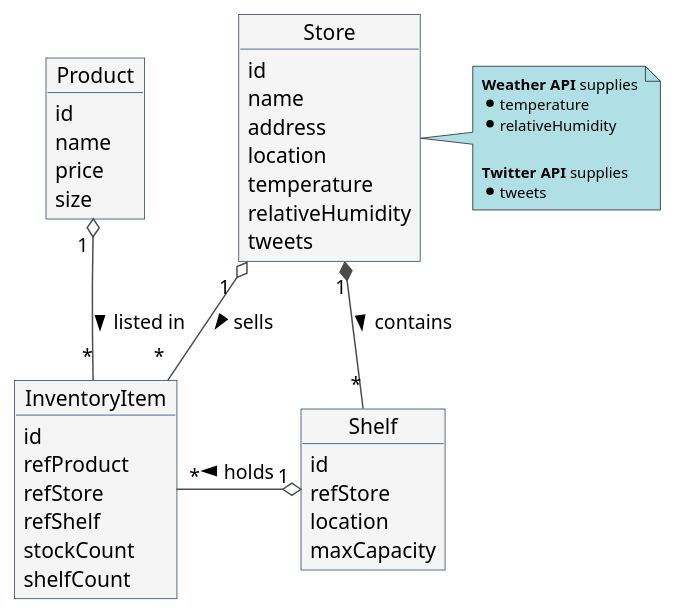
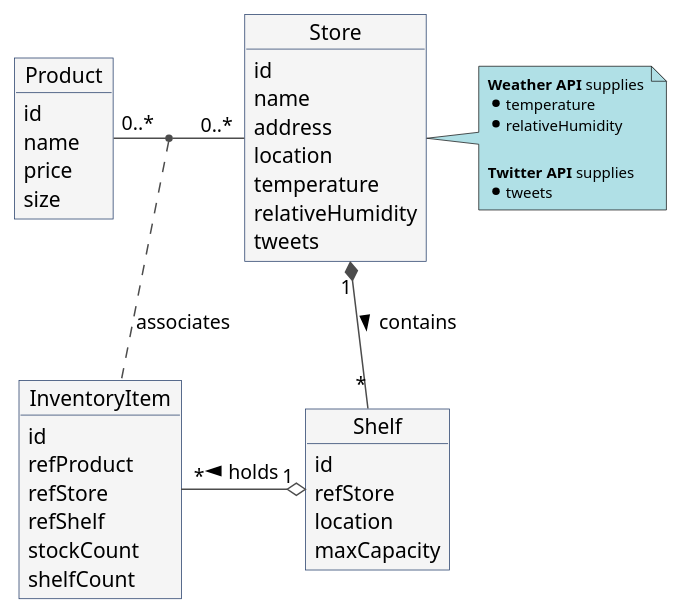
The diagram in diagrams/entities.puml (FIWARE/tutorials.Accessing-Context), drawn with PlantUML before and after one commit. The commit also changed 1 other file, not shown here.

```diff
--- a/diagrams/entities.puml
+++ b/diagrams/entities.puml
@@ -1,56 +1,57 @@
 @startuml
 object Product
 
 skinparam object {
   BackgroundColor #f5f5f5
   ArrowColor #4c4c4c
   BorderColor #233c68
 }
 
 Product : id 
 Product : name 
 Product : price 
 Product : size 
 
 
 object InventoryItem
 
 InventoryItem : id 
 InventoryItem : refProduct 
 InventoryItem : refStore 
 InventoryItem : refShelf 
 InventoryItem : stockCount 
 InventoryItem : shelfCount 
 
 
 object Store
 
 Store : id 
 Store : name 
 Store : address 
 Store : location 
 Store : temperature 
 Store : relativeHumidity 
 Store : tweets
 
 note right of Store #PowderBlue
   <size:10><b>Weather API</b> supplies</size>
   * <size:10>temperature</size>
   * <size:10>relativeHumidity</size>
 
   <size:10><b>Twitter API</b> supplies</size>
   * <size:10>tweets</size>
 end note 
 
 object Shelf
 
 Shelf : id 
 Shelf : refStore 
 Shelf : location 
 Shelf : maxCapacity
 
-Product "1 " o-- " *" InventoryItem  : listed in >
-Store " 1  " o-- " *  " InventoryItem :  sells >
 Store "1" *-- "*" Shelf : contains >
 InventoryItem "*" -o " 1" Shelf : < holds
+Product "0..*" - "0..*" Store
+(Product, Store) .. InventoryItem : associates
+
 @enduml
```
